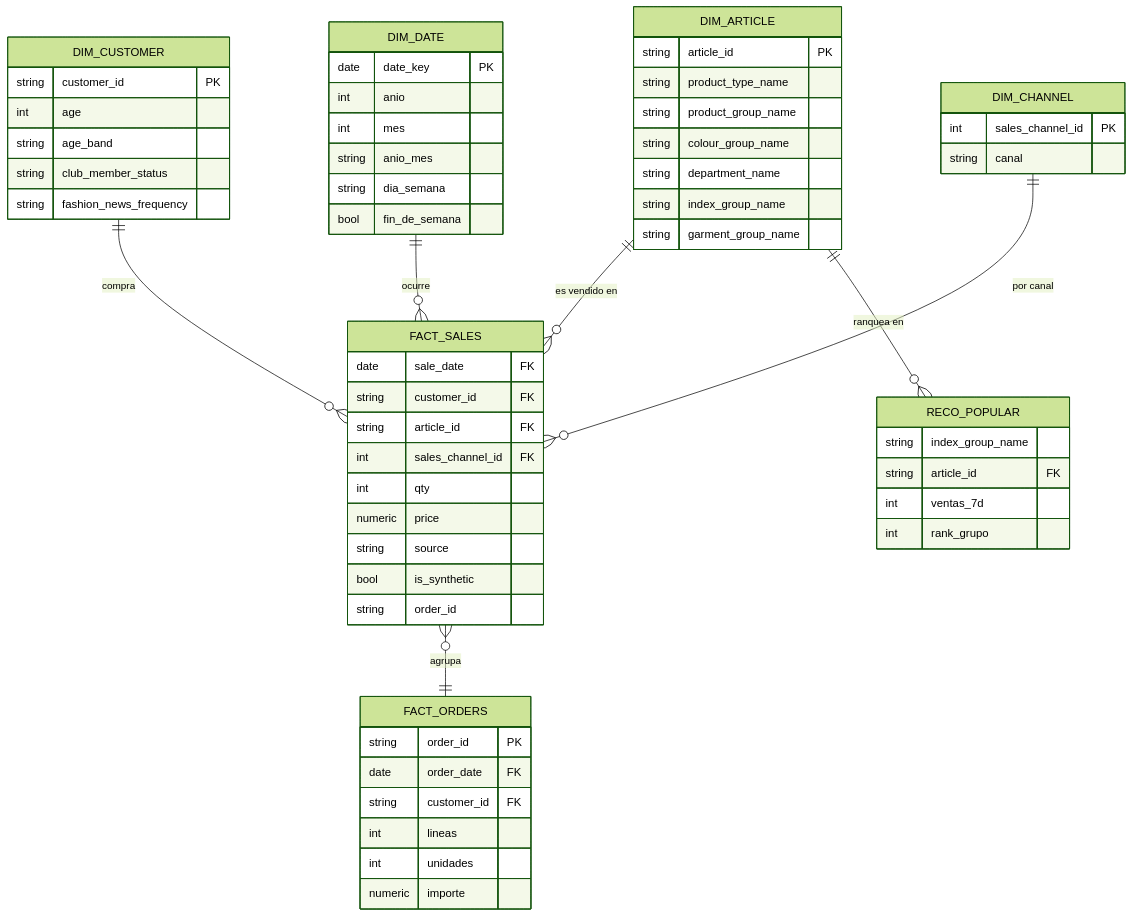
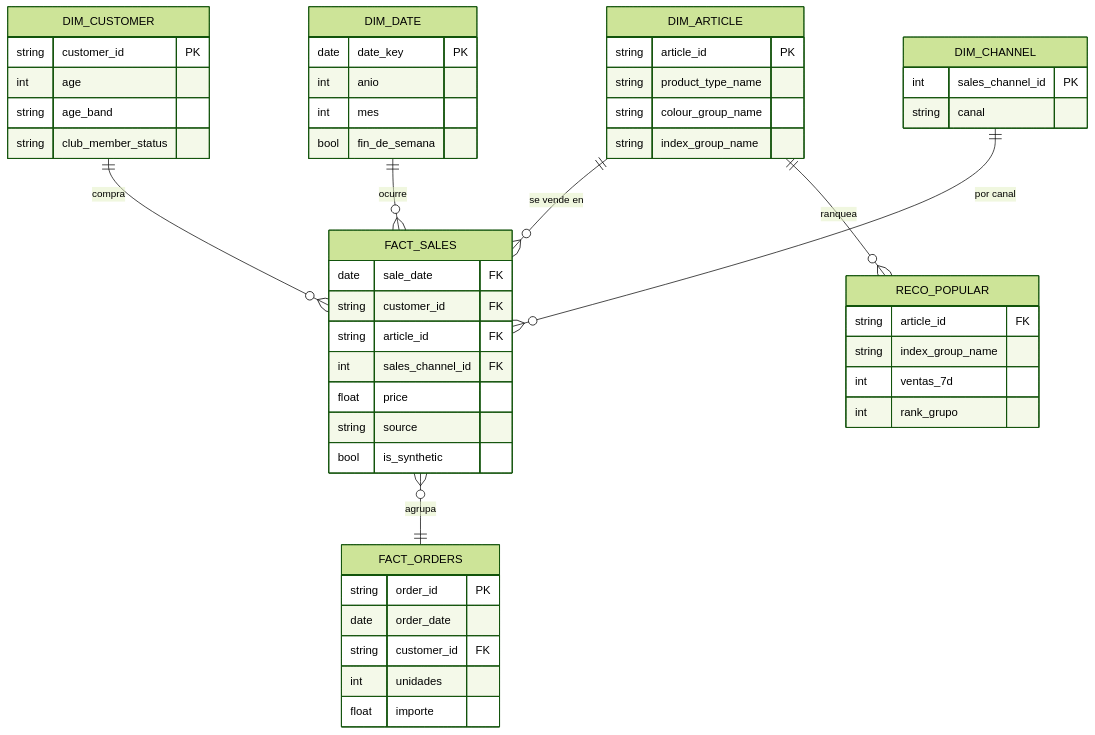
One commit to estuardoo/STYLUS changed the sixth of 8 diagrams in README.md. Above: the diagram before and after it, drawn with Mermaid (forest theme). The commit also changed other lines of this file and 10 other files, not shown here.

First line of the commit message:
README visual con diagramas Mermaid y costos mensual/anual

````diff
--- a/README.md
+++ b/README.md
@@ -66,63 +227,53 @@
 ```mermaid
 erDiagram
+    DIM_CUSTOMER ||--o{ FACT_SALES : compra
+    DIM_ARTICLE  ||--o{ FACT_SALES : "se vende en"
+    DIM_DATE     ||--o{ FACT_SALES : ocurre
+    DIM_CHANNEL  ||--o{ FACT_SALES : "por canal"
+    FACT_SALES   }o--|| FACT_ORDERS : agrupa
+    DIM_ARTICLE  ||--o{ RECO_POPULAR : ranquea
     DIM_CUSTOMER {
         string customer_id PK
         int age
         string age_band
         string club_member_status
-        string fashion_news_frequency
     }
     DIM_ARTICLE {
         string article_id PK
         string product_type_name
-        string product_group_name
         string colour_group_name
-        string department_name
         string index_group_name
-        string garment_group_name
     }
     DIM_DATE {
         date date_key PK
         int anio
         int mes
-        string anio_mes
-        string dia_semana
         bool fin_de_semana
     }
     DIM_CHANNEL {
         int sales_channel_id PK
         string canal
     }
     FACT_SALES {
         date sale_date FK
         string customer_id FK
         string article_id FK
         int sales_channel_id FK
-        int qty
-        numeric price
+        float price
         string source
         bool is_synthetic
-        string order_id
     }
     FACT_ORDERS {
         string order_id PK
-        date order_date FK
+        date order_date
         string customer_id FK
-        int lineas
         int unidades
-        numeric importe
+        float importe
     }
     RECO_POPULAR {
+        string article_id FK
         string index_group_name
-        string article_id FK
         int ventas_7d
         int rank_grupo
     }
-
-    DIM_CUSTOMER  ||--o{ FACT_SALES   : compra
-    DIM_ARTICLE   ||--o{ FACT_SALES   : "es vendido en"
-    DIM_DATE      ||--o{ FACT_SALES   : ocurre
-    DIM_CHANNEL   ||--o{ FACT_SALES   : "por canal"
-    FACT_SALES    }o--|| FACT_ORDERS  : agrupa
-    DIM_ARTICLE   ||--o{ RECO_POPULAR : "ranquea en"
 ```
````
